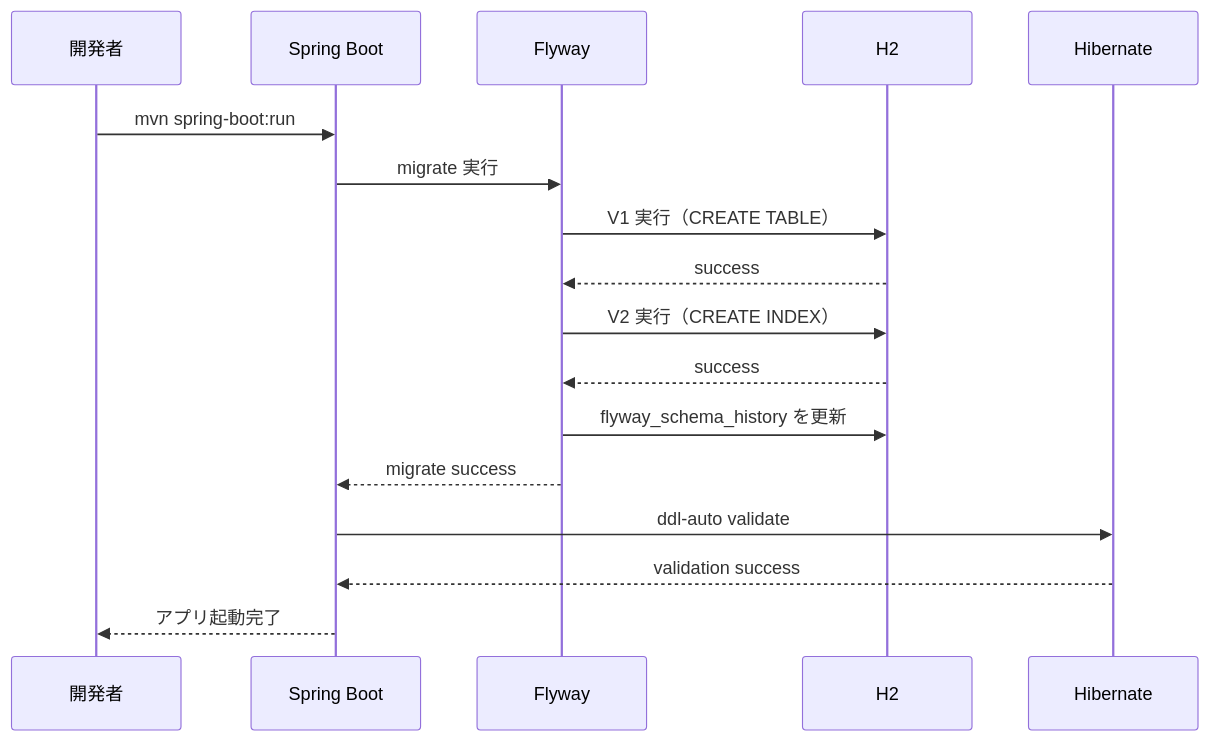
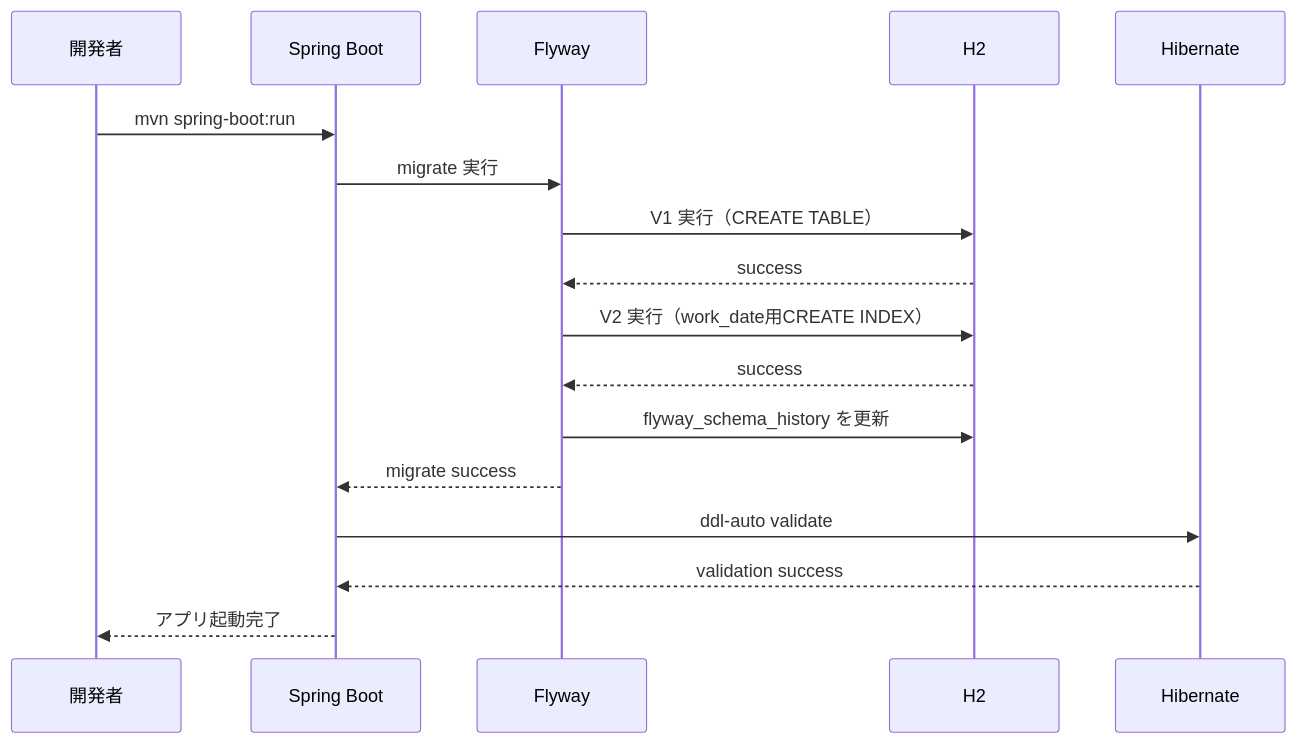
One commit to kiyomiya38/order-management-springboot changed the second of 3 diagrams in docs/curriculum/springboot/lesson09/lesson9.md. Above: the diagram before and after it, drawn with Mermaid. The commit also changed other lines of this file and 118 other files, not shown here.

````diff
--- a/docs/curriculum/springboot/lesson09/lesson9.md
+++ b/docs/curriculum/springboot/lesson09/lesson9.md
@@ -46,20 +46,20 @@
 ```mermaid
 sequenceDiagram
   participant Dev as 開発者
   participant App as Spring Boot
   participant Flyway as Flyway
   participant DB as H2
   participant JPA as Hibernate
 
   Dev->>App: mvn spring-boot:run
   App->>Flyway: migrate 実行
   Flyway->>DB: V1 実行（CREATE TABLE）
   DB-->>Flyway: success
-  Flyway->>DB: V2 実行（CREATE INDEX）
+  Flyway->>DB: V2 実行（work_date用CREATE INDEX）
   DB-->>Flyway: success
   Flyway->>DB: flyway_schema_history を更新
   Flyway-->>App: migrate success
   App->>JPA: ddl-auto validate
   JPA-->>App: validation success
   App-->>Dev: アプリ起動完了
 ```
````
